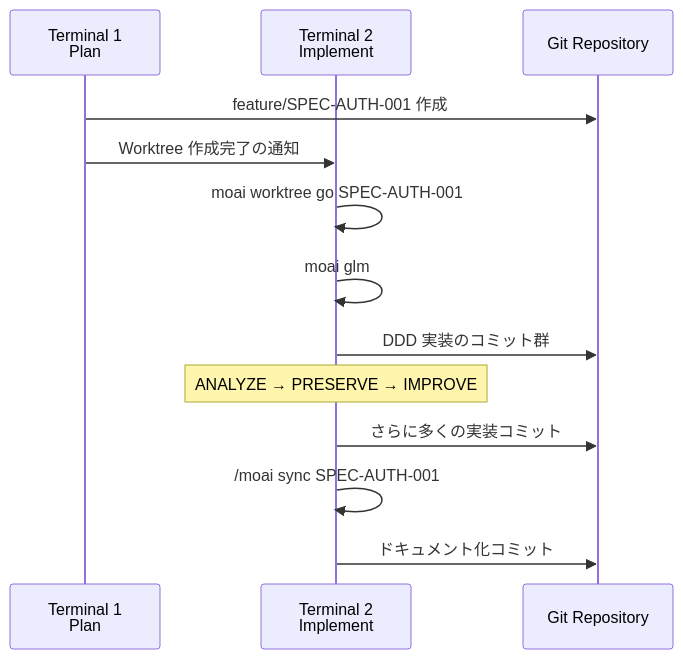
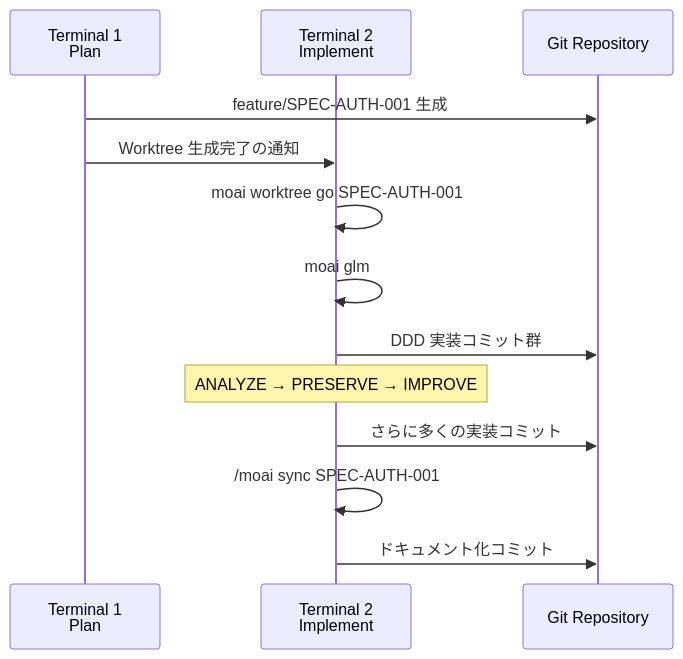
Before and after one commit to modu-ai/moai-adk: the sixth of 10 diagrams in docs-site/content/ja/worktree/guide.md, drawn with Mermaid. The commit also changed other lines of this file and 180 other files, not shown here.

````diff
--- a/docs-site/content/ja/worktree/guide.md
+++ b/docs-site/content/ja/worktree/guide.md
@@ -429,18 +418,18 @@
 ```mermaid
 sequenceDiagram
     participant T1 as Terminal 1<br/>Plan
     participant T2 as Terminal 2<br/>Implement
     participant Git as Git Repository
 
-    T1->>Git: feature/SPEC-AUTH-001 作成
-    T1->>T2: Worktree 作成完了の通知
+    T1->>Git: feature/SPEC-AUTH-001 生成
+    T1->>T2: Worktree 生成完了の通知
 
     T2->>T2: moai worktree go SPEC-AUTH-001
     T2->>T2: moai glm
-    T2->>Git: DDD 実装のコミット群
+    T2->>Git: DDD 実装コミット群
     Note over T2: ANALYZE → PRESERVE → IMPROVE
 
     T2->>Git: さらに多くの実装コミット
     T2->>T2: /moai sync SPEC-AUTH-001
     T2->>Git: ドキュメント化コミット
 ```
````
